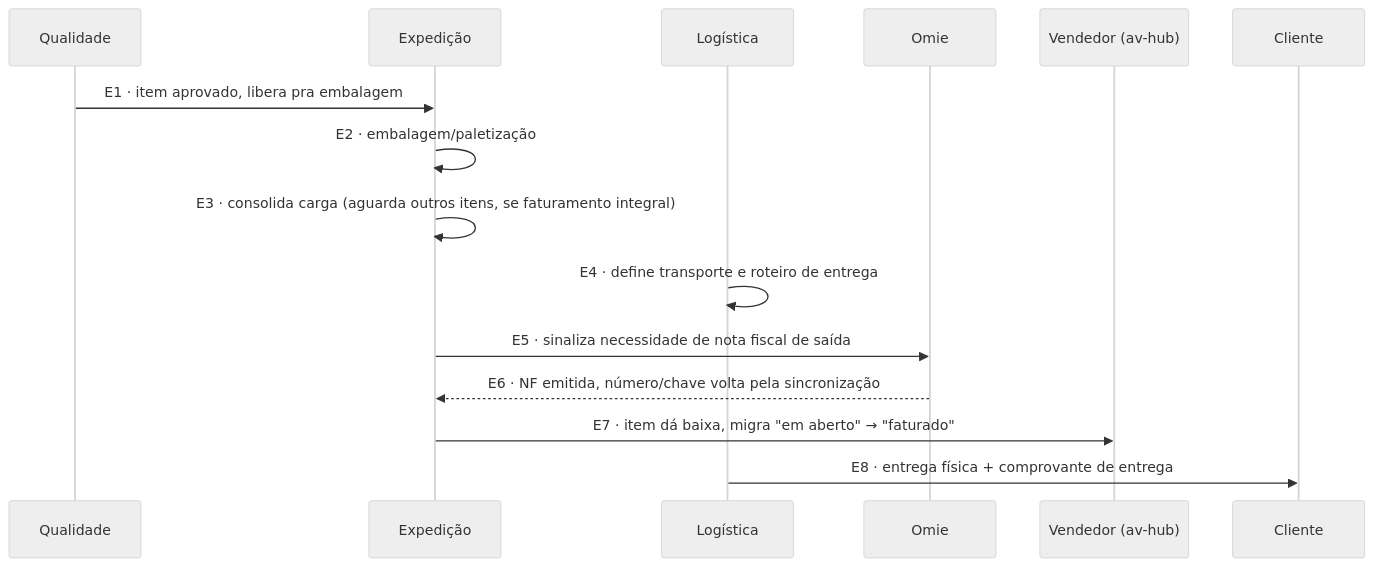
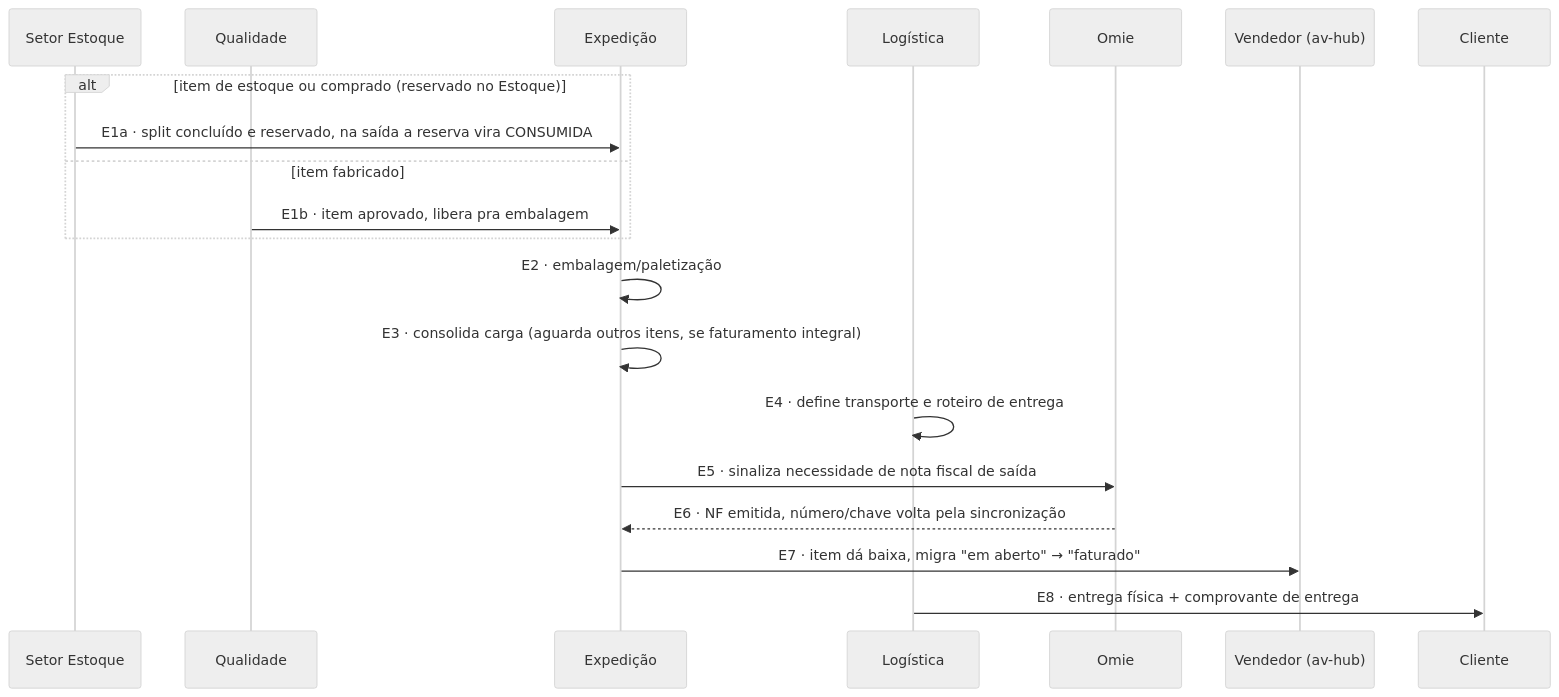
One commit to Acosvital/vault-avhub-mer changed the diagram in 02-PRD-Estoque/Fluxo-Expedicao-Faturamento-Completo.md. Above: the diagram before and after it, drawn with Mermaid (neutral theme). The commit also changed other lines of this file and 36 other files, not shown here.

````diff
--- a/02-PRD-Estoque/Fluxo-Expedicao-Faturamento-Completo.md
+++ b/02-PRD-Estoque/Fluxo-Expedicao-Faturamento-Completo.md
@@ -24,18 +26,23 @@
 ```mermaid
 sequenceDiagram
+    participant Est as Setor Estoque
     participant Qual as Qualidade
     participant Exp as Expedição
     participant Log as Logística
     participant Omie
     participant Vend as Vendedor (av-hub)
     participant Cli as Cliente
 
-    Qual->>Exp: E1 · item aprovado, libera pra embalagem
+    alt item de estoque ou comprado (reservado no Estoque)
+        Est->>Exp: E1a · split concluído e reservado, na saída a reserva vira CONSUMIDA
+    else item fabricado
+        Qual->>Exp: E1b · item aprovado, libera pra embalagem
+    end
     Exp->>Exp: E2 · embalagem/paletização
     Exp->>Exp: E3 · consolida carga (aguarda outros itens, se faturamento integral)
     Log->>Log: E4 · define transporte e roteiro de entrega
     Exp->>Omie: E5 · sinaliza necessidade de nota fiscal de saída
     Omie-->>Exp: E6 · NF emitida, número/chave volta pela sincronização
     Exp->>Vend: E7 · item dá baixa, migra "em aberto" → "faturado"
     Log->>Cli: E8 · entrega física + comprovante de entrega
 ```
````
